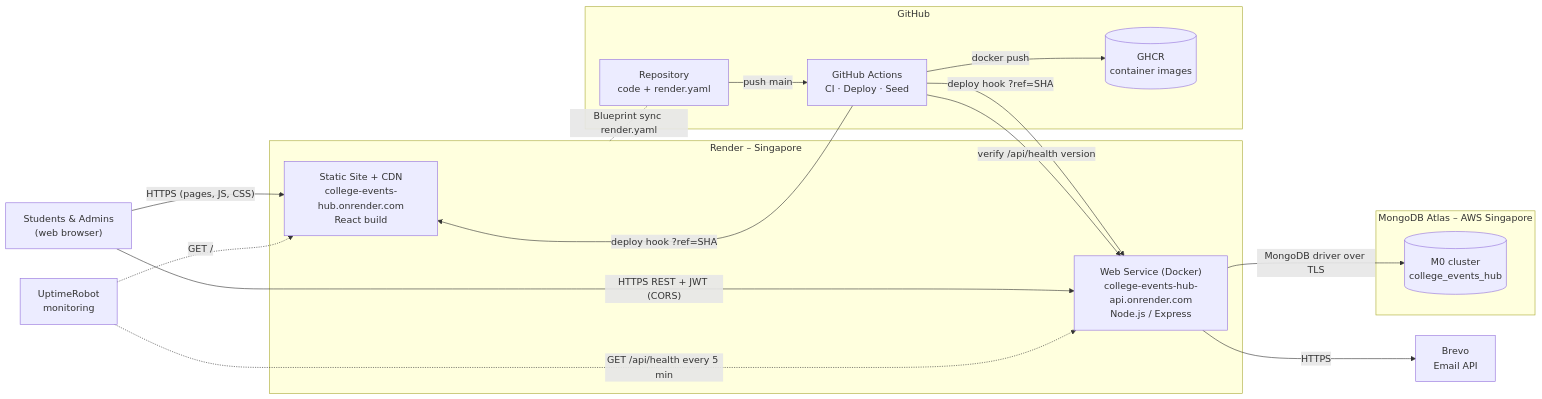
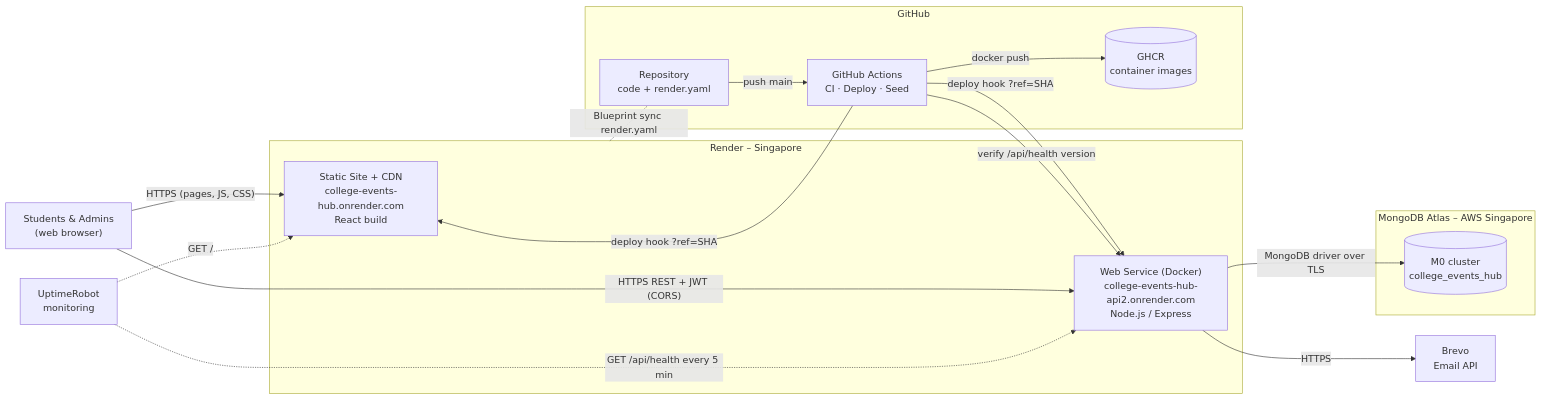
The first of 4 diagrams in docs/ARCHITECTURE.md (VedantKaware7/College-events-hub), drawn with Mermaid before and after one commit. The commit also changed 8 other files, not shown here.

````diff
--- a/docs/ARCHITECTURE.md
+++ b/docs/ARCHITECTURE.md
@@ -44,36 +44,36 @@
 ```mermaid
 flowchart LR
     U["Students & Admins<br/>(web browser)"]
 
     subgraph RENDER["Render – Singapore"]
         WEB["Static Site + CDN<br/>college-events-hub.onrender.com<br/>React build"]
-        API["Web Service (Docker)<br/>college-events-hub-api.onrender.com<br/>Node.js / Express"]
+        API["Web Service (Docker)<br/>college-events-hub-api2.onrender.com<br/>Node.js / Express"]
     end
 
     subgraph ATLAS["MongoDB Atlas – AWS Singapore"]
         DB[("M0 cluster<br/>college_events_hub")]
     end
 
     BREVO["Brevo<br/>Email API"]
     UR["UptimeRobot<br/>monitoring"]
 
     subgraph GH["GitHub"]
         REPO["Repository<br/>code + render.yaml"]
         GA["GitHub Actions<br/>CI · Deploy · Seed"]
         GHCR[("GHCR<br/>container images")]
     end
 
     U -- "HTTPS (pages, JS, CSS)" --> WEB
     U -- "HTTPS REST + JWT (CORS)" --> API
     API -- "MongoDB driver over TLS" --> DB
     API -- "HTTPS" --> BREVO
     UR -. "GET /api/health every 5 min" .-> API
     UR -. "GET /" .-> WEB
 
     REPO -- "push main" --> GA
     GA -- "docker push" --> GHCR
     GA -- "deploy hook ?ref=SHA" --> API
     GA -- "deploy hook ?ref=SHA" --> WEB
     GA -- "verify /api/health version" --> API
     RENDER -. "Blueprint sync render.yaml" .- REPO
 ```
````
